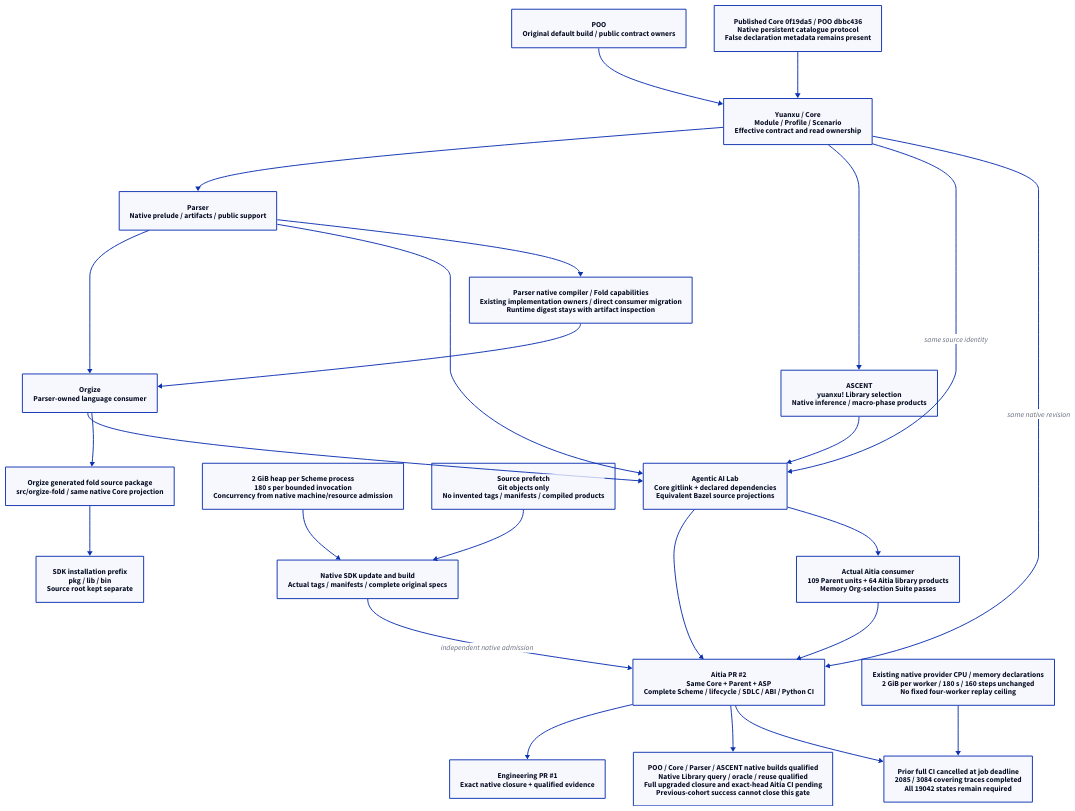
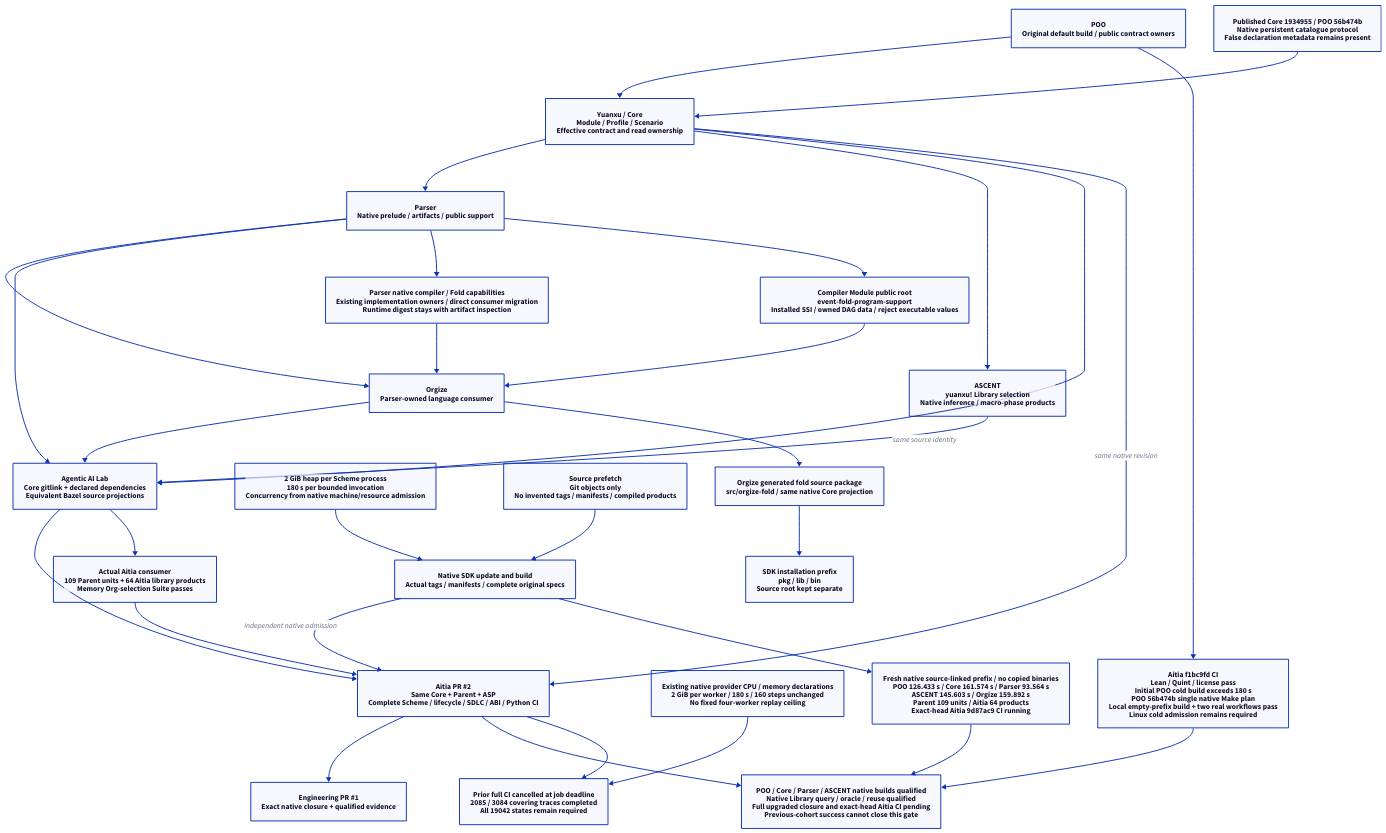
The diagram in docs/90-99-views/90-architecture-views/90.117-native-dependency-cohort-upgrade.d2 (hardenedlinux/deterministic-engineering), drawn with D2 before and after one commit. The commit also changed 2 other files, not shown here.

Commit message:
Record native cold-plan repair and fresh-prefix downstream qualification

```diff
--- a/docs/90-99-views/90-architecture-views/90.117-native-dependency-cohort-upgrade.d2
+++ b/docs/90-99-views/90-architecture-views/90.117-native-dependency-cohort-upgrade.d2
@@ -1,45 +1,53 @@
 direction: down
 poo: "POO\nOriginal default build / public contract owners"
 core: "Yuanxu / Core\nModule / Profile / Scenario\nEffective contract and read ownership"
 parser: "Parser\nNative prelude / artifacts / public support"
 ascent: "ASCENT\nyuanxu! Library selection\nNative inference / macro-phase products"
 orgize: "Orgize\nParser-owned language consumer"
 parent: "Agentic AI Lab\nCore gitlink + declared dependencies\nEquivalent Bazel source projections"
 aitia: "Aitia PR #2\nSame Core + Parent + ASP\nComplete Scheme / lifecycle / SDLC / ABI / Python CI"
 engineering: "Engineering PR #1\nExact native closure + qualified evidence"
 poo -> core
 core -> parser
 core -> ascent
 parser -> orgize
 parser -> parent
 ascent -> parent
 orgize -> parent
 core -> parent: "same source identity"
 parent -> aitia
 core -> aitia: "same native revision"
 aitia -> engineering
 contract: "2 GiB heap per Scheme process\n180 s per bounded invocation\nConcurrency from native machine/resource admission"
 source: "Source prefetch\nGit objects only\nNo invented tags / manifests / compiled products"
 sdk: "Native SDK update and build\nActual tags / manifests / complete original specs"
 source -> sdk
 contract -> sdk
 sdk -> aitia: "independent native admission"
 status: "POO / Core / Parser / ASCENT native builds qualified\nNative Library query / oracle / reuse qualified\nFull upgraded closure and exact-head Aitia CI pending\nPrevious-cohort success cannot close this gate"
 aitia -> status
 
 fold: "Orgize generated fold source package\nsrc/orgize-fold / same native Core projection"
 installed: "SDK installation prefix\npkg / lib / bin\nSource root kept separate"
 orgize -> fold -> installed
 
-catalog: "Published Core 0f19da5 / POO dbbc436\nNative persistent catalogue protocol\nFalse declaration metadata remains present"
+catalog: "Published Core 1934955 / POO 56b474b\nNative persistent catalogue protocol\nFalse declaration metadata remains present"
 catalog -> core
 replay: "Prior full CI cancelled at job deadline\n2085 / 3084 covering traces completed\nAll 19042 states remain required"
 aitia -> replay
 resources: "Existing native provider CPU / memory declarations\n2 GiB per worker / 180 s / 160 steps unchanged\nNo fixed four-worker replay ceiling"
 resources -> replay
 
 capabilities: "Parser native compiler / Fold capabilities\nExisting implementation owners / direct consumer migration\nRuntime digest stays with artifact inspection"
 parser -> capabilities -> orgize
 
 consumer: "Actual Aitia consumer\n109 Parent units + 64 Aitia library products\nMemory Org-selection Suite passes"
 parent -> consumer -> aitia
+
+cold: "Aitia f1bc9fd CI\nLean / Quint / license pass\nInitial POO cold build exceeds 180 s\nPOO 56b474b single native Make plan\nLocal empty-prefix build + two real workflows pass\nLinux cold admission remains required"
+poo -> cold -> status
+
+fresh: "Fresh native source-linked prefix / no copied binaries\nPOO 126.433 s / Core 161.574 s / Parser 93.564 s\nASCENT 145.603 s / Orgize 159.892 s\nParent 109 units / Aitia 64 products\nExact-head Aitia 9d87ac9 CI running"
+fold_entry: "Compiler Module public root\nevent-fold-program-support\nInstalled SSI / owned DAG data / reject executable values"
+parser -> fold_entry -> orgize
+sdk -> fresh -> status
```
